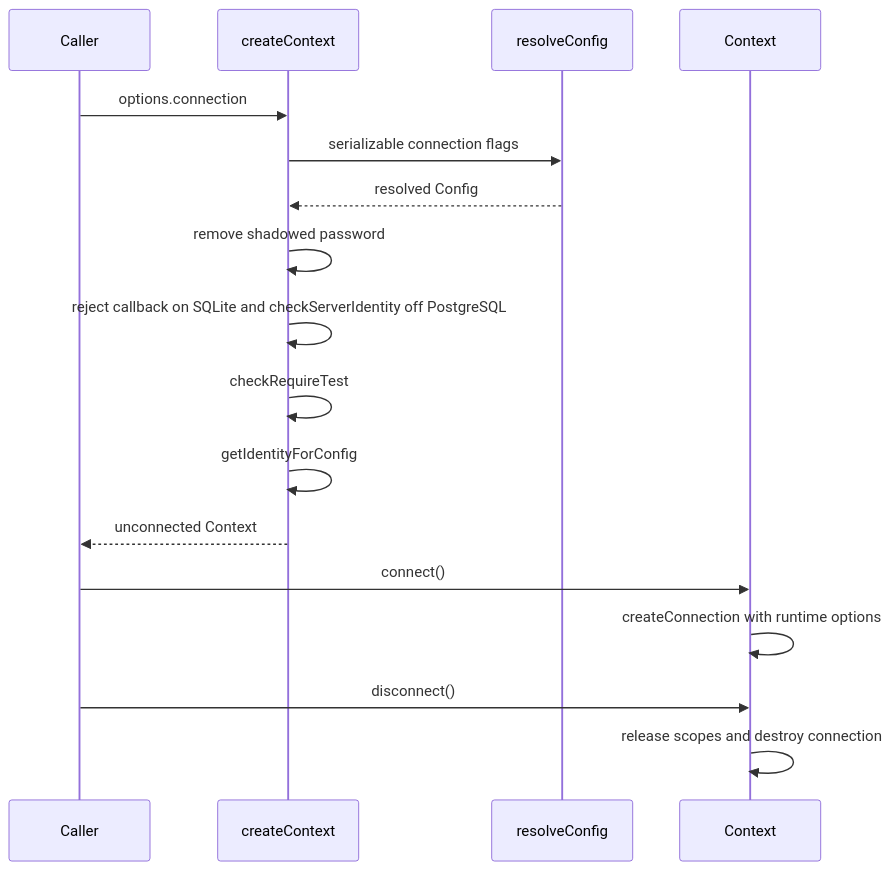
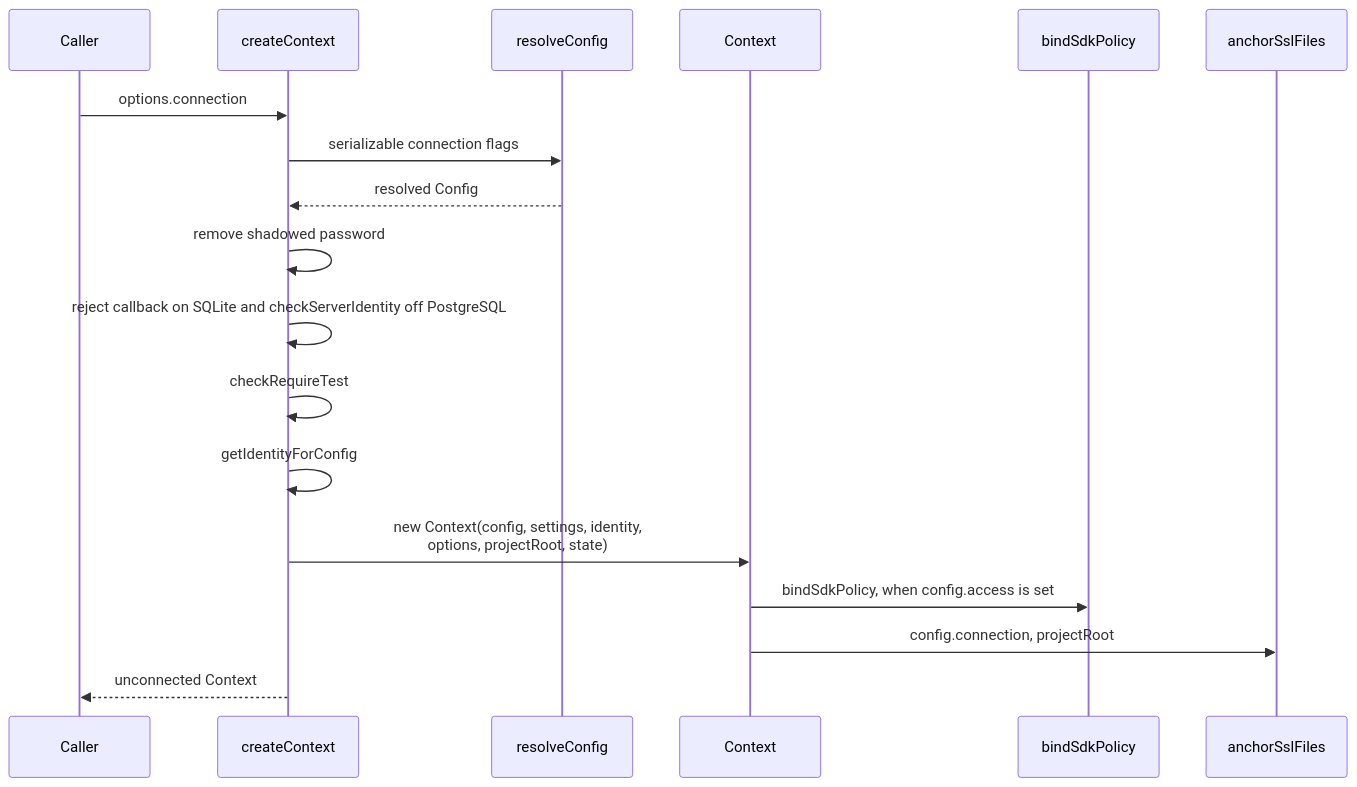
Before and after one commit to noormdev/noorm: the first of 7 diagrams in docs/wiki/sdk.md, drawn with Mermaid. The commit also changed other lines of this file and 107 other files, not shown here.

````diff
--- a/docs/wiki/sdk.md
+++ b/docs/wiki/sdk.md
@@ -40,20 +44,21 @@
 ```mermaid
 sequenceDiagram
-    %% source: src/sdk/index.ts, src/sdk/context.ts, src/core/config/resolver.ts
+    %% source: src/sdk/index.ts, src/sdk/context.ts, src/sdk/guards.ts, src/core/config/resolver.ts, src/core/config/anchor.ts
     participant Caller
-    participant SDK as createContext
+    participant Factory as createContext
     participant Resolver as resolveConfig
     participant Ctx as Context
-    Caller->>SDK: options.connection
-    SDK->>Resolver: serializable connection flags
-    Resolver-->>SDK: resolved Config
-    SDK->>SDK: remove shadowed password
-    SDK->>SDK: reject callback on SQLite and checkServerIdentity off PostgreSQL
-    SDK->>SDK: checkRequireTest
-    SDK->>SDK: getIdentityForConfig
-    SDK-->>Caller: unconnected Context
-    Caller->>Ctx: connect()
-    Ctx->>Ctx: createConnection with runtime options
-    Caller->>Ctx: disconnect()
-    Ctx->>Ctx: release scopes and destroy connection
+    participant Policy as bindSdkPolicy
+    participant Anchor as anchorSslFiles
+    Caller->>Factory: options.connection
+    Factory->>Resolver: serializable connection flags
+    Resolver-->>Factory: resolved Config
+    Factory->>Factory: remove shadowed password
+    Factory->>Factory: reject callback on SQLite and checkServerIdentity off PostgreSQL
+    Factory->>Factory: checkRequireTest
+    Factory->>Factory: getIdentityForConfig
+    Factory->>Ctx: new Context(config, settings, identity,<br/>options, projectRoot, state)
+    Ctx->>Policy: bindSdkPolicy, when config.access is set
+    Ctx->>Anchor: config.connection, projectRoot
+    Factory-->>Caller: unconnected Context
 ```
````
